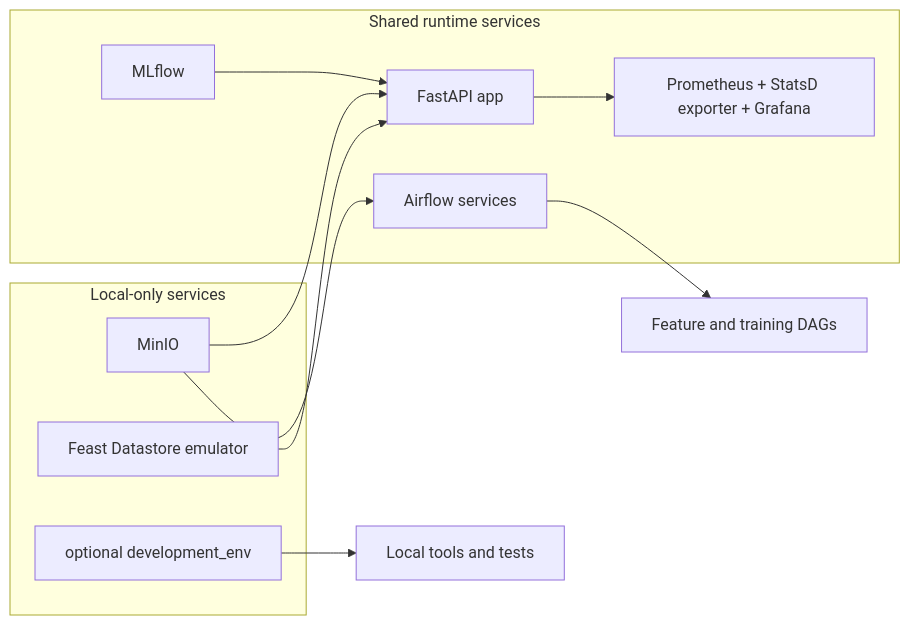
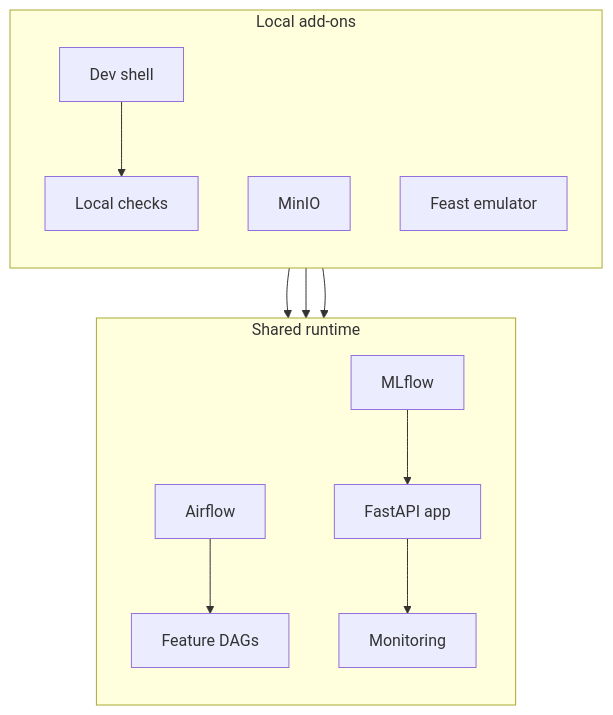
Before and after one commit to javihslu/foehncast: the diagram in containers/README.md, drawn with Mermaid. The commit also changed 22 other files, not shown here.

Commit message:
docs(site): simplify Mermaid diagrams

````diff
--- a/containers/README.md
+++ b/containers/README.md
@@ -7,21 +7,26 @@
 ```mermaid
-flowchart LR
-	subgraph Shared[Shared runtime services]
-		Airflow[Airflow services]
+flowchart TD
+	subgraph Shared[Shared runtime]
+		direction TB
+		Airflow[Airflow]
+		Feature[Feature DAGs]
 		MLflow[MLflow]
 		API[FastAPI app]
-		Monitor[Prometheus + StatsD exporter + Grafana]
+		Monitor[Monitoring]
+		Airflow --> Feature
+		MLflow --> API --> Monitor
 	end
-	subgraph LocalOnly[Local-only services]
-		Dev[optional development_env]
+
+	subgraph LocalOnly[Local add-ons]
+		direction TB
+		Dev[Dev shell]
 		Objectstore[MinIO]
-		Emulator[Feast Datastore emulator]
+		Emulator[Feast emulator]
+		Checks[Local checks]
+		Dev --> Checks
 	end
-	Airflow --> Feature[Feature and training DAGs]
-	MLflow --> API
+
 	Objectstore --> Airflow
 	Objectstore --> API
 	Emulator --> API
-	API --> Monitor
-	Dev --> Tests[Local tools and tests]
 ```
````
